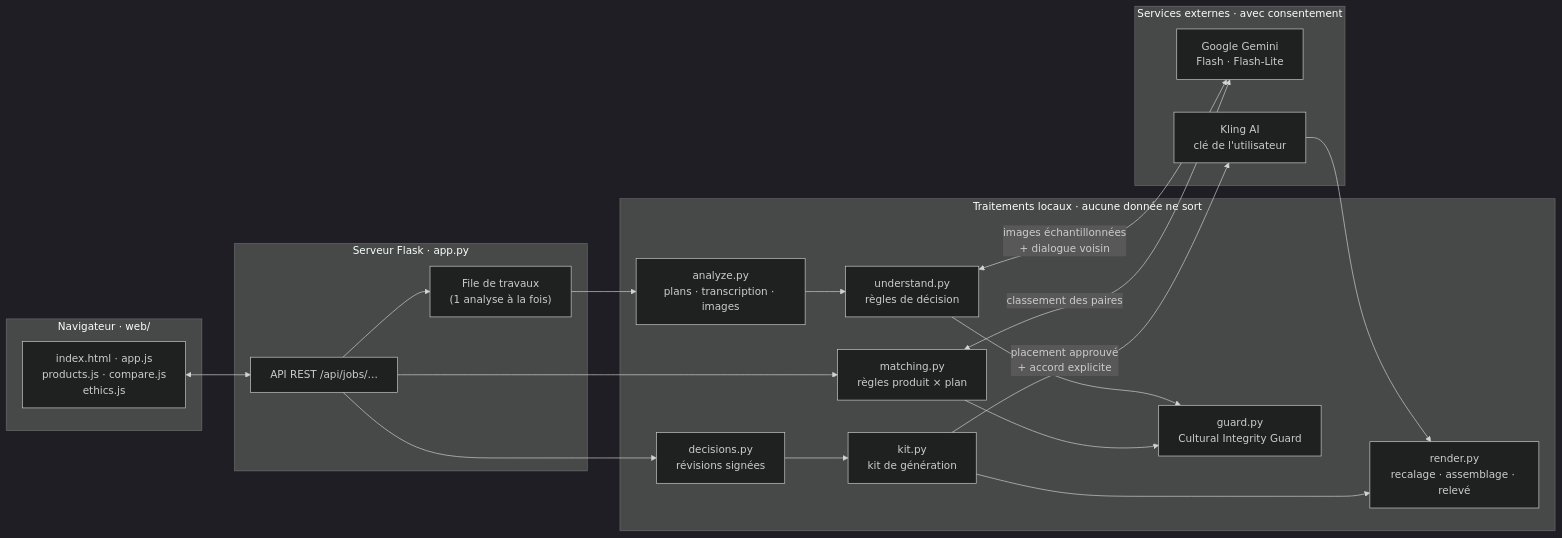
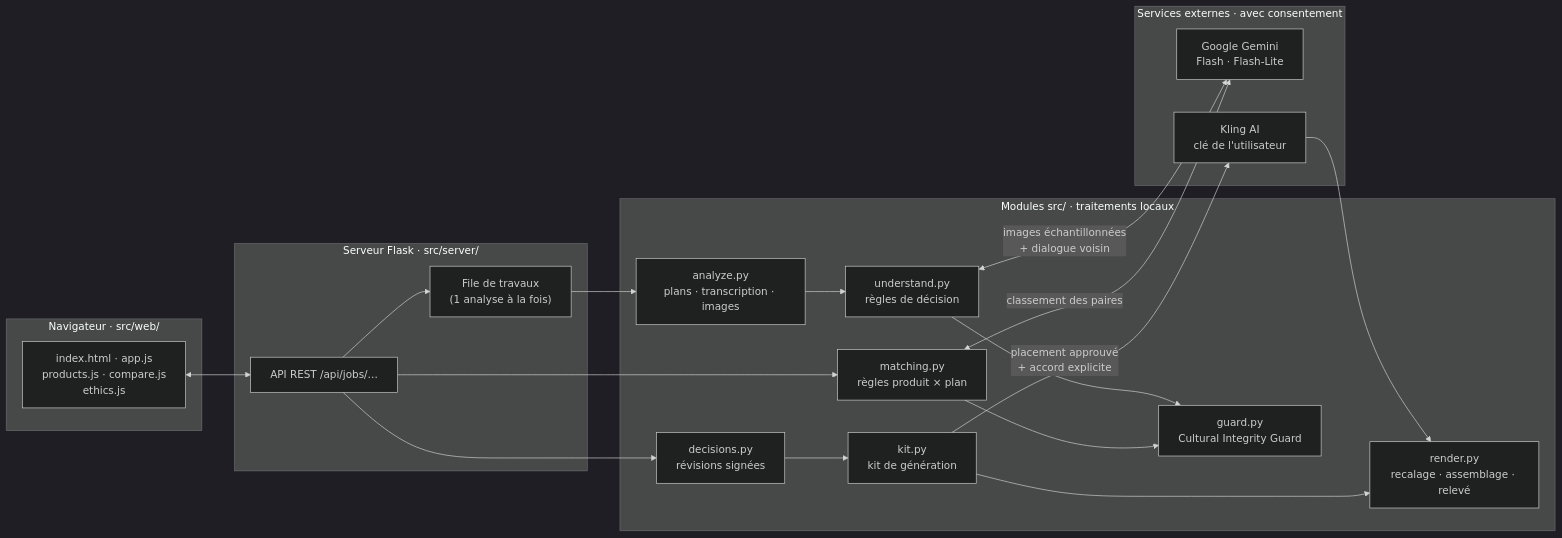
The first of 2 diagrams in docs/ARCHITECTURE.md (MohamedYassineTurki/SceneLine), drawn with Mermaid (dark theme) before and after one commit. The commit also changed other lines of this file and 45 other files, not shown here.

````diff
--- a/docs/ARCHITECTURE.md
+++ b/docs/ARCHITECTURE.md
@@ -15,37 +15,37 @@
 ```mermaid
 flowchart LR
-    subgraph Navigateur["Navigateur · web/"]
+    subgraph Navigateur["Navigateur · src/web/"]
         UI["index.html · app.js<br/>products.js · compare.js<br/>ethics.js"]
     end
 
-    subgraph Serveur["Serveur Flask · app.py"]
+    subgraph Serveur["Serveur Flask · src/server/"]
         API["API REST /api/jobs/…"]
         Q["File de travaux<br/>(1 analyse à la fois)"]
     end
 
-    subgraph Local["Traitements locaux · aucune donnée ne sort"]
+    subgraph Local["Modules src/ · traitements locaux"]
         AN["analyze.py<br/>plans · transcription · images"]
         UN["understand.py<br/>règles de décision"]
         GU["guard.py<br/>Cultural Integrity Guard"]
         MA["matching.py<br/>règles produit × plan"]
         DE["decisions.py<br/>révisions signées"]
         KI["kit.py<br/>kit de génération"]
         RE["render.py<br/>recalage · assemblage · relevé"]
     end
 
     subgraph Externe["Services externes · avec consentement"]
         GEM["Google Gemini<br/>Flash · Flash-Lite"]
         KL["Kling AI<br/>clé de l'utilisateur"]
     end
 
     UI <--> API
     API --> Q --> AN --> UN
     UN <-->|images échantillonnées<br/>+ dialogue voisin| GEM
     UN --> GU
     API --> MA <-->|classement des paires| GEM
     MA --> GU
     API --> DE --> KI
     KI -->|placement approuvé<br/>+ accord explicite| KL
     KL --> RE
     KI --> RE
 ```
````
